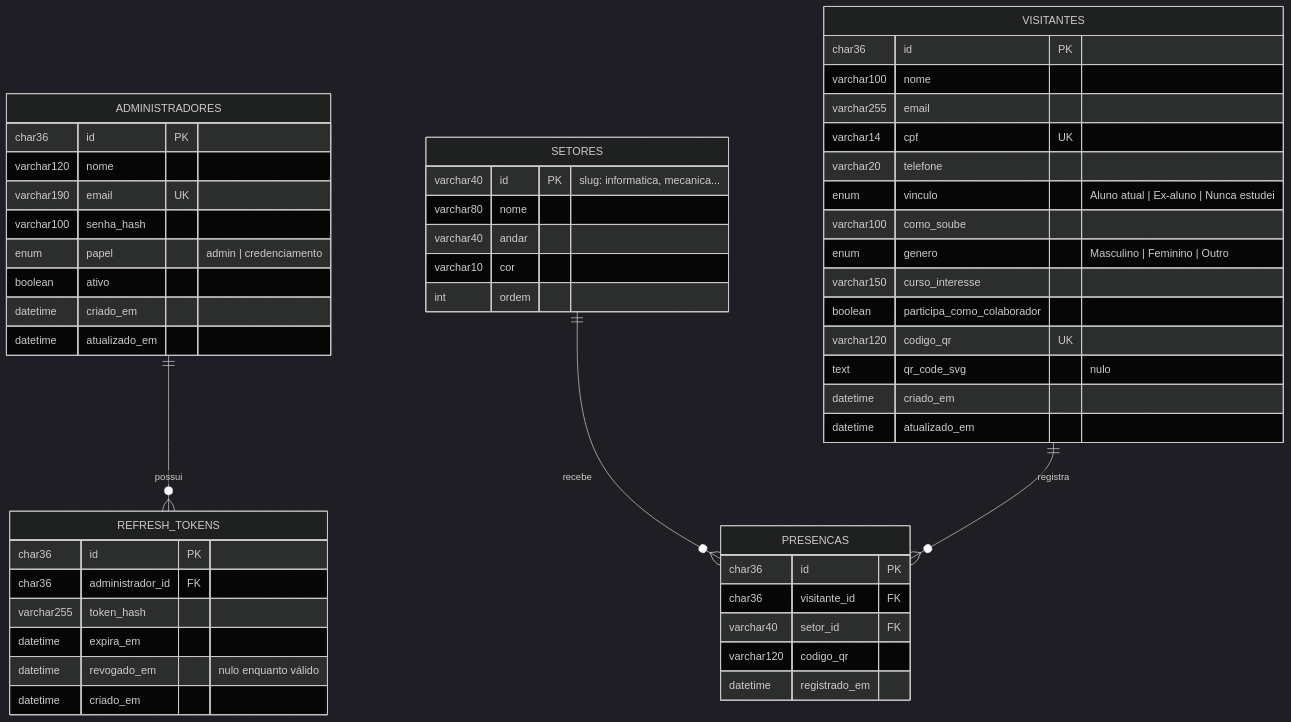
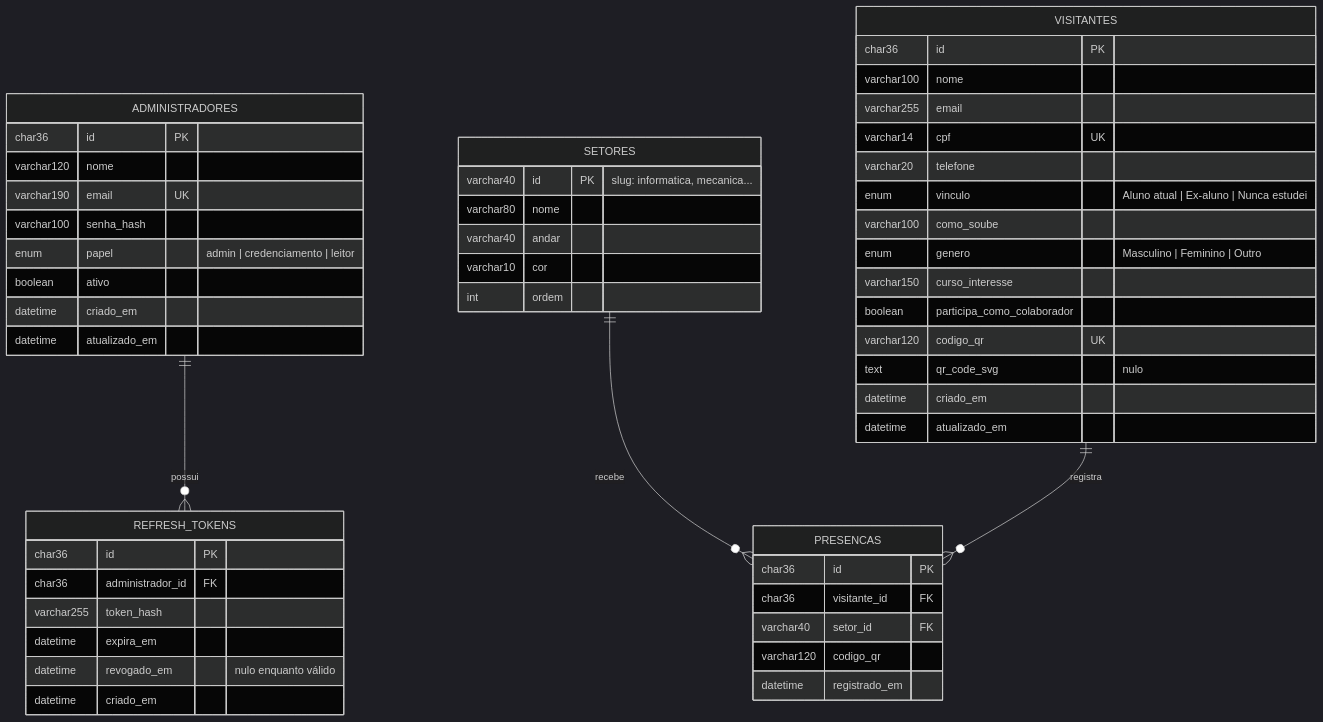
The diagram in web/specs/api.architecture.md (gsilva744/frei2026), drawn with Mermaid (dark theme) before and after one commit. The commit also changed other lines of this file and 34 other files, not shown here.

````diff
--- a/web/specs/api.architecture.md
+++ b/web/specs/api.architecture.md
@@ -210,59 +210,59 @@
 ```mermaid
 erDiagram
     ADMINISTRADORES ||--o{ REFRESH_TOKENS : possui
     SETORES ||--o{ PRESENCAS : recebe
     VISITANTES ||--o{ PRESENCAS : registra
 
     ADMINISTRADORES {
         char36 id PK
         varchar120 nome
         varchar190 email UK
         varchar100 senha_hash
-        enum papel "admin | credenciamento"
+        enum papel "admin | credenciamento | leitor"
         boolean ativo
         datetime criado_em
         datetime atualizado_em
     }
 
     REFRESH_TOKENS {
         char36 id PK
         char36 administrador_id FK
         varchar255 token_hash
         datetime expira_em
         datetime revogado_em "nulo enquanto válido"
         datetime criado_em
     }
 
     SETORES {
         varchar40 id PK "slug: informatica, mecanica..."
         varchar80 nome
         varchar40 andar
         varchar10 cor
         int ordem
     }
 
     VISITANTES {
         char36 id PK
         varchar100 nome
         varchar255 email
         varchar14 cpf UK
         varchar20 telefone
         enum vinculo "Aluno atual | Ex-aluno | Nunca estudei"
         varchar100 como_soube
         enum genero "Masculino | Feminino | Outro"
         varchar150 curso_interesse
         boolean participa_como_colaborador
         varchar120 codigo_qr UK
         text qr_code_svg "nulo"
         datetime criado_em
         datetime atualizado_em
     }
 
     PRESENCAS {
         char36 id PK
         char36 visitante_id FK
         varchar40 setor_id FK
         varchar120 codigo_qr
         datetime registrado_em
     }
 ```
````
